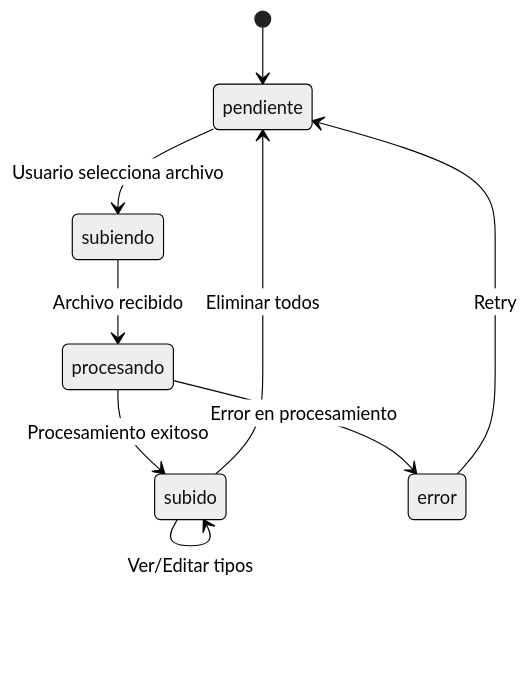
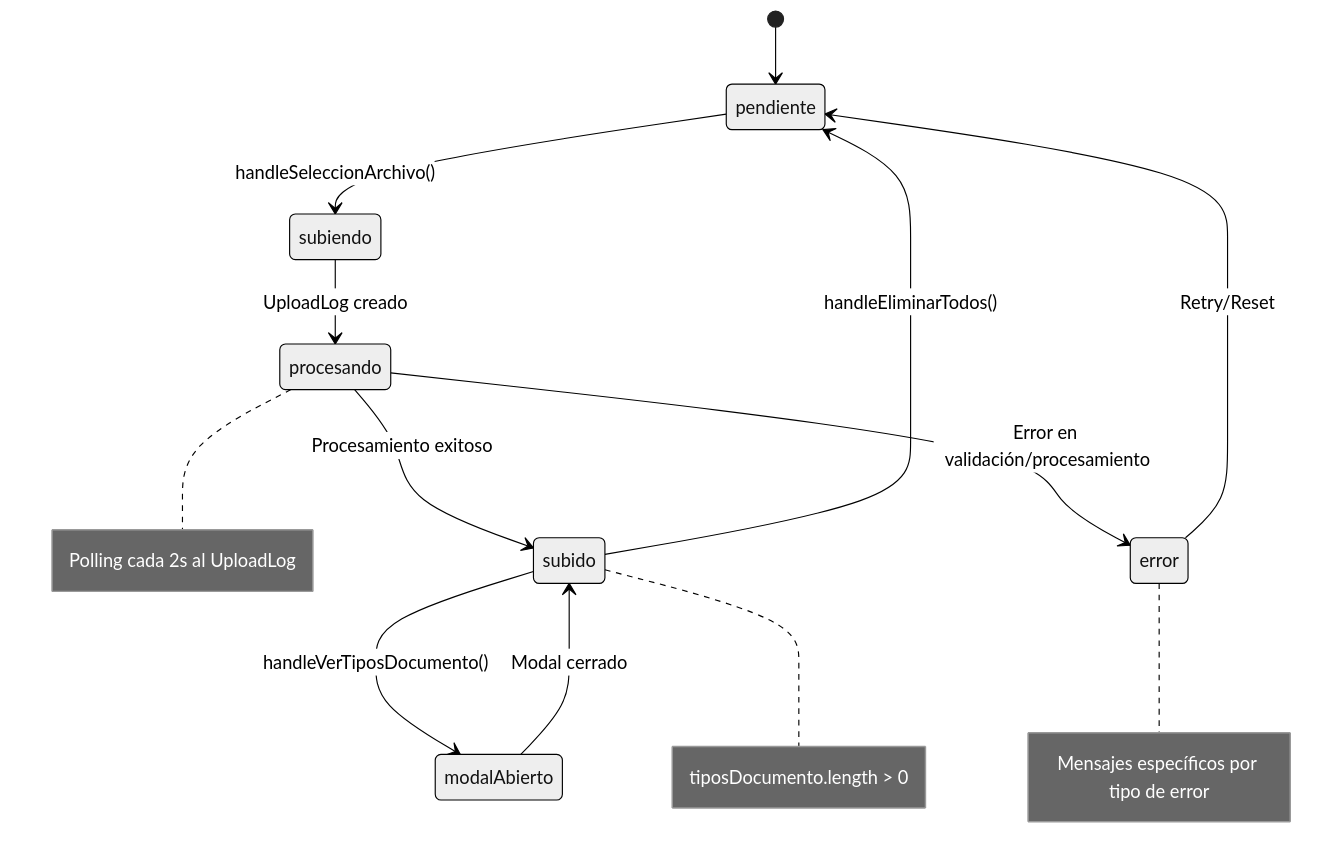
One commit to castrometro/SGM changed the second of 2 diagrams in DOCUMENTACION_TIPO_DOCUMENTO_CARD.md. Above: the diagram before and after it, drawn with Mermaid (neutral theme). The commit also changed other lines of this file and 1 other file, not shown here.

````diff
--- a/DOCUMENTACION_TIPO_DOCUMENTO_CARD.md
+++ b/DOCUMENTACION_TIPO_DOCUMENTO_CARD.md
@@ -58,11 +68,16 @@
 ```mermaid
 stateDiagram-v2
     [*] --> pendiente
-    pendiente --> subiendo: Usuario selecciona archivo
-    subiendo --> procesando: Archivo recibido
+    pendiente --> subiendo: handleSeleccionArchivo()
+    subiendo --> procesando: UploadLog creado
     procesando --> subido: Procesamiento exitoso
-    procesando --> error: Error en procesamiento
-    subido --> pendiente: Eliminar todos
-    error --> pendiente: Retry
-    subido --> subido: Ver/Editar tipos
+    procesando --> error: Error en validación/procesamiento
+    subido --> pendiente: handleEliminarTodos()
+    error --> pendiente: Retry/Reset
+    subido --> modalAbierto: handleVerTiposDocumento()
+    modalAbierto --> subido: Modal cerrado
+    
+    note right of procesando: Polling cada 2s al UploadLog
+    note right of subido: tiposDocumento.length > 0
+    note right of error: Mensajes específicos por tipo de error
 ```
````
